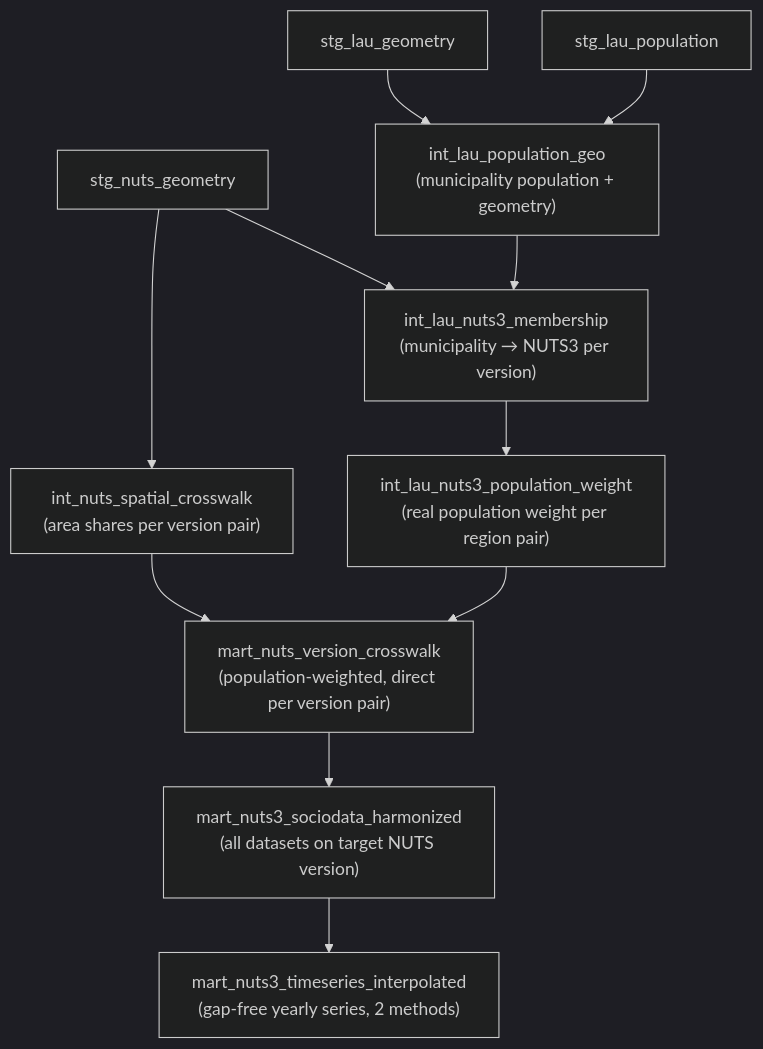
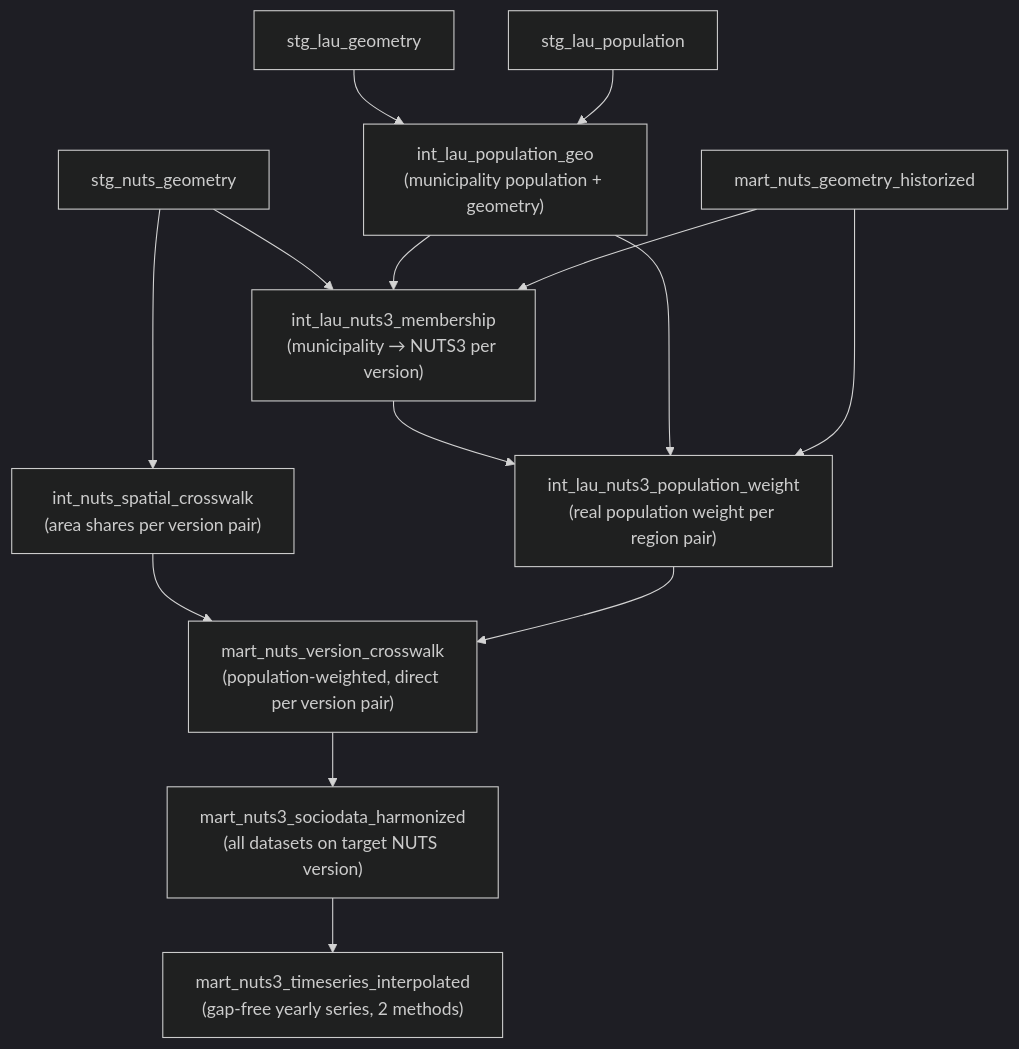
Before and after one commit to BjoernFuertges/Socioeconomic-Data: the first of 2 diagrams in docs/pipeline/dbt.md, drawn with Mermaid (dark theme). The commit also changed other lines of this file and 102 other files, not shown here.

First line of the commit message:
feat!: harden API/infra and serve newest NUTS/LAU vintage by default

````diff
--- a/docs/pipeline/dbt.md
+++ b/docs/pipeline/dbt.md
@@ -48,13 +48,16 @@
 ```mermaid
 flowchart TB
     stg_nuts["stg_nuts_geometry"] --> spatial["int_nuts_spatial_crosswalk\n(area shares per version pair)"]
     stg_lau_geo["stg_lau_geometry"] --> lau_geo["int_lau_population_geo\n(municipality population + geometry)"]
     stg_lau_pop["stg_lau_population"] --> lau_geo
     stg_nuts --> membership["int_lau_nuts3_membership\n(municipality → NUTS3 per version)"]
     lau_geo --> membership
     membership --> popweight["int_lau_nuts3_population_weight\n(real population weight per region pair)"]
+    lau_geo --> popweight
+    nuts_hist["mart_nuts_geometry_historized"] --> membership
+    nuts_hist --> popweight
     spatial --> xwalk["mart_nuts_version_crosswalk\n(population-weighted, direct per version pair)"]
     popweight --> xwalk
     xwalk --> harmonized["mart_nuts3_sociodata_harmonized\n(all datasets on target NUTS version)"]
     harmonized --> interpolated["mart_nuts3_timeseries_interpolated\n(gap-free yearly series, 2 methods)"]
 ```
````
